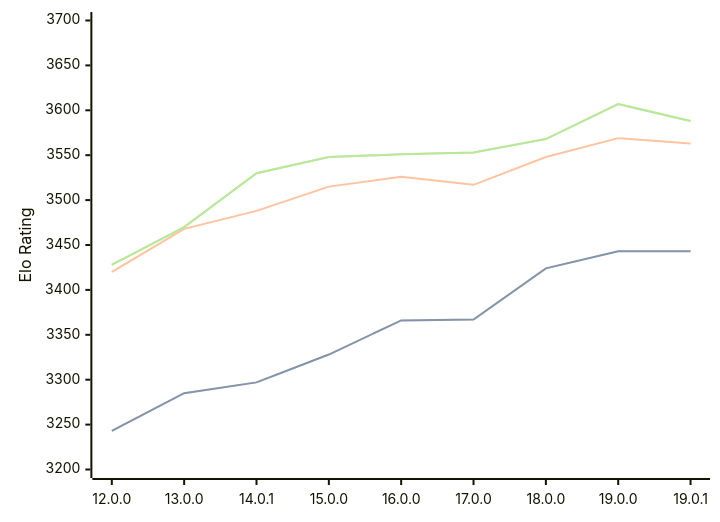
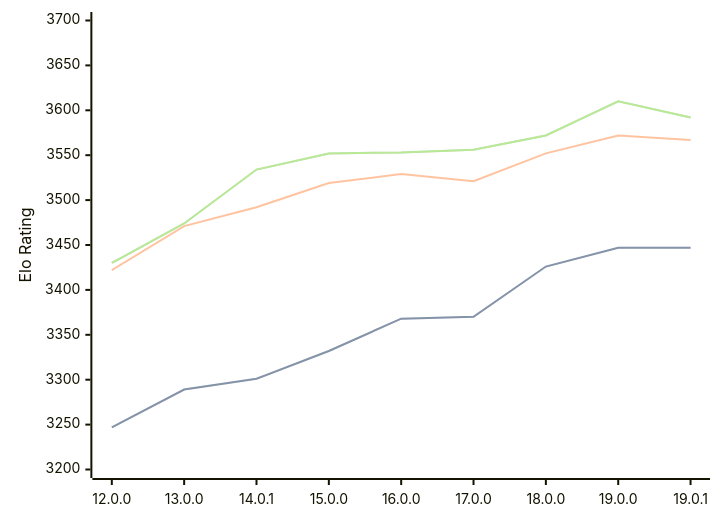
One commit to computer-chess-index/cci changed the diagram in engines/Viridithas.md. Above: the diagram before and after it, drawn with Mermaid. The commit also changed other lines of this file, not shown here.

Commit message:
Update CCI Ratings (ELO VLTC) - 2026-04-30

````diff
--- a/engines/Viridithas.md
+++ b/engines/Viridithas.md
@@ -63,11 +63,11 @@
 ```mermaid
 %%{init: {"theme":"base","themeVariables":{"seriesColors:['#a3a3a3','#222221','#faa371']}}}%%
 xychart-beta
   x-axis ["12.0.0", "13.0.0", "14.0.1", "15.0.0", "16.0.0", "17.0.0", "18.0.0", "19.0.0", "19.0.1"]
   y-axis "Elo Rating" 3200 --> 3700
-  line "STC (8.0+0.08s)" [3243, 3285, 3297, 3328, 3366, 3367, 3424, 3443, 3443]
-  line "STC (8.0+0.08s)" [3243, 3285, 3297, 3328, 3366, 3367, 3424, 3443, 3443]
-  line "LTC (60.0+0.60s)" [3420, 3468, 3488, 3515, 3526, 3517, 3548, 3569, 3563]
-  line "VLTC (2m24s+1.12s)" [3428, 3470, 3530, 3548, 3551, 3553, 3568, 3607, 3588]
-  line "VLTC (2m24s+1.12s)" [3428, 3470, 3530, 3548, 3551, 3553, 3568, 3607, 3588]
+  line "STC (8.0+0.08s)" [3247, 3289, 3301, 3332, 3368, 3370, 3426, 3447, 3447]
+  line "STC (8.0+0.08s)" [3247, 3289, 3301, 3332, 3368, 3370, 3426, 3447, 3447]
+  line "LTC (60.0+0.60s)" [3422, 3471, 3492, 3519, 3529, 3521, 3552, 3572, 3567]
+  line "VLTC (2m24s+1.12s)" [3430, 3474, 3534, 3552, 3553, 3556, 3572, 3610, 3592]
+  line "VLTC (2m24s+1.12s)" [3430, 3474, 3534, 3552, 3553, 3556, 3572, 3610, 3592]
 ```
````
